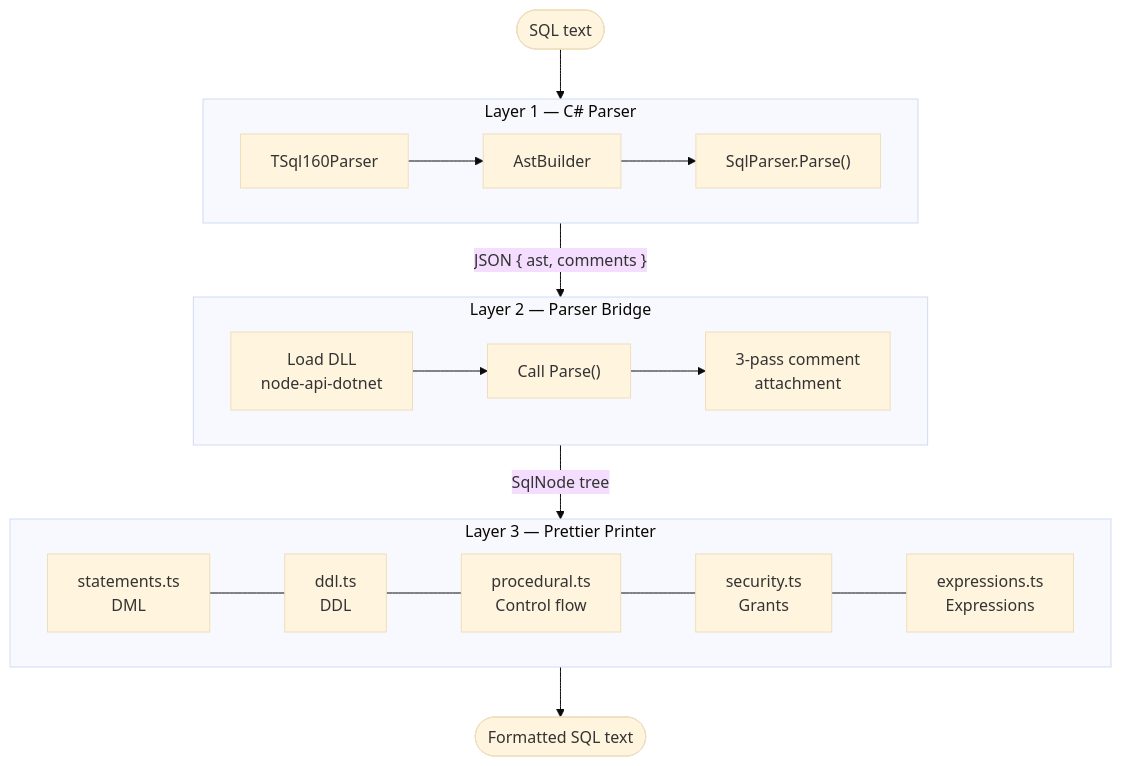
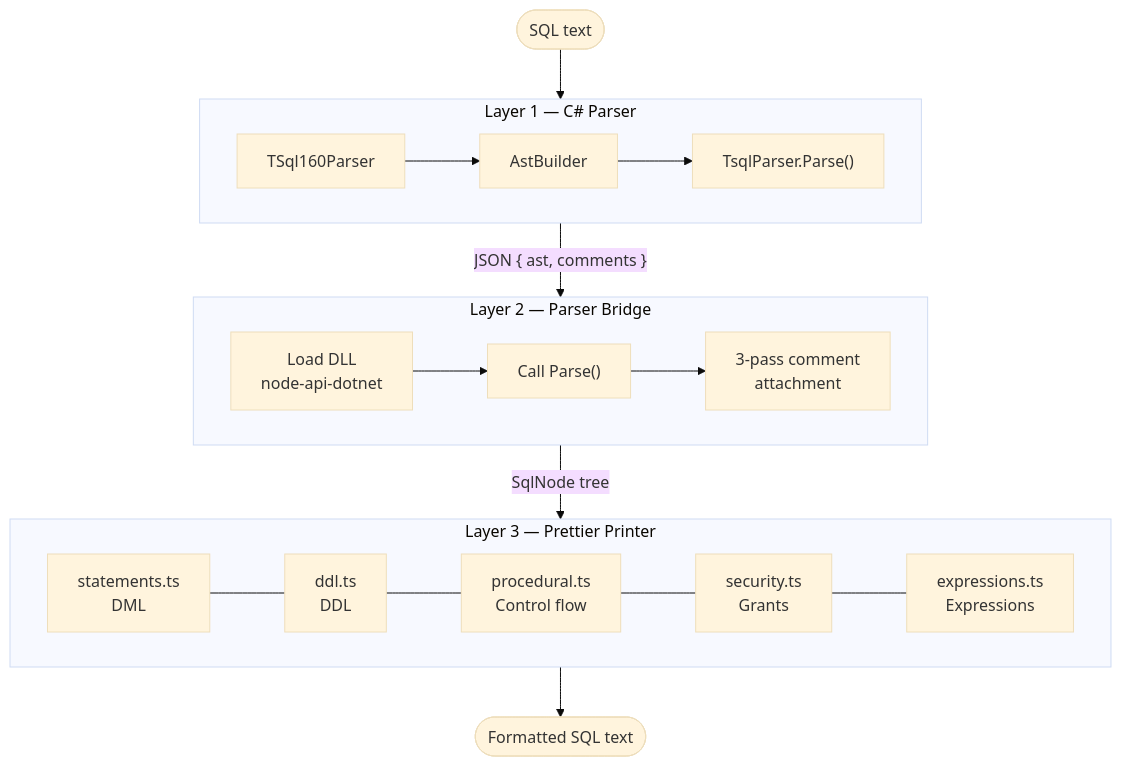
One commit to schallm/prettier-sql changed the diagram in packages/plugin-tsql/docs/architecture.md. Above: the diagram before and after it, drawn with Mermaid (base theme). The commit also changed other lines of this file and 8 other files, not shown here.

````diff
--- a/packages/plugin-tsql/docs/architecture.md
+++ b/packages/plugin-tsql/docs/architecture.md
@@ -11,24 +11,24 @@
 ```mermaid
 flowchart TD
     A([SQL text])
 
     subgraph cs ["Layer 1 — C# Parser"]
         direction LR
-        CS1["TSql160Parser"] --> CS2["AstBuilder"] --> CS3["SqlParser.Parse()"]
+        CS1["TSql160Parser"] --> CS2["AstBuilder"] --> CS3["TsqlParser.Parse()"]
     end
 
     subgraph bridge ["Layer 2 — Parser Bridge"]
         direction LR
         BR1["Load DLL<br/>node-api-dotnet"] --> BR2["Call Parse()"] --> BR3["3-pass comment<br/>attachment"]
     end
 
     subgraph printer ["Layer 3 — Prettier Printer"]
         direction LR
         PR1["statements.ts<br/>DML"] --- PR2["ddl.ts<br/>DDL"] --- PR3["procedural.ts<br/>Control flow"] --- PR4["security.ts<br/>Grants"] --- PR5["expressions.ts<br/>Expressions"]
     end
 
     A --> cs
     cs -->|"JSON { ast, comments }"| bridge
     bridge -->|"SqlNode tree"| printer
     printer --> E([Formatted SQL text])
 ```
````
